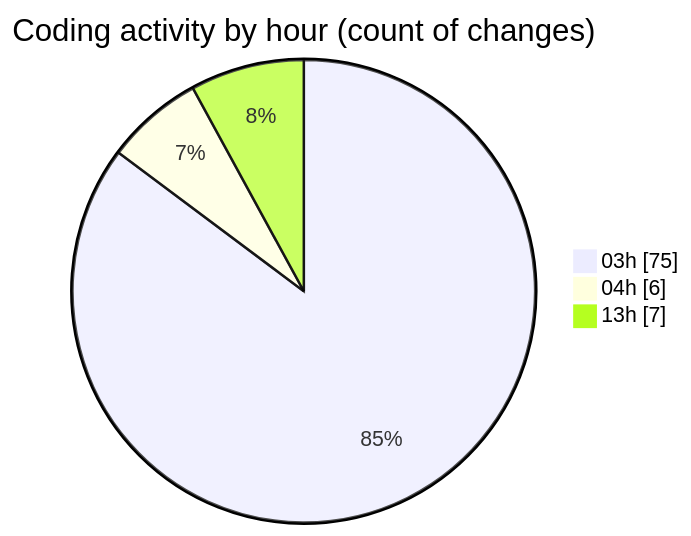
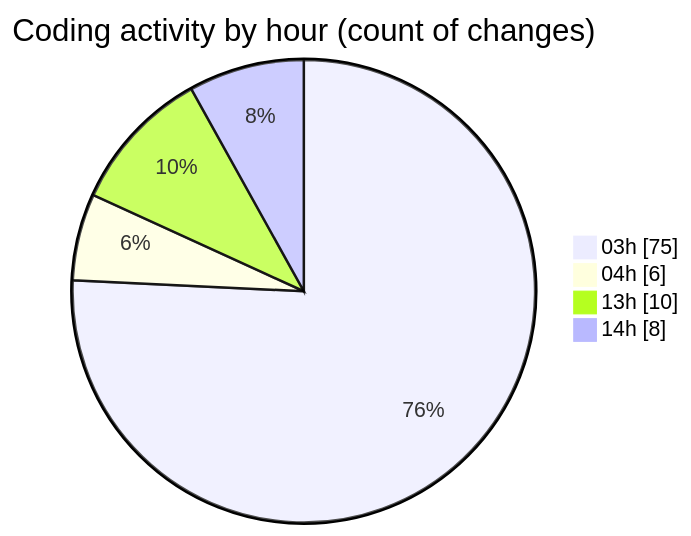
One commit to ernivani/code-tracking changed the second of 2 diagrams in repositories/2024-12-28/leetcode-solutions/README.md. Above: the diagram before and after it, drawn with Mermaid. The commit also changed other lines of this file and 1 other file, not shown here.

````diff
--- a/repositories/2024-12-28/leetcode-solutions/README.md
+++ b/repositories/2024-12-28/leetcode-solutions/README.md
@@ -51,7 +53,8 @@
 ```mermaid
 pie showData
 title Coding activity by hour (count of changes)
 "03h" : 75
 "04h" : 6
-"13h" : 7
+"13h" : 10
+"14h" : 8
 ```
````
